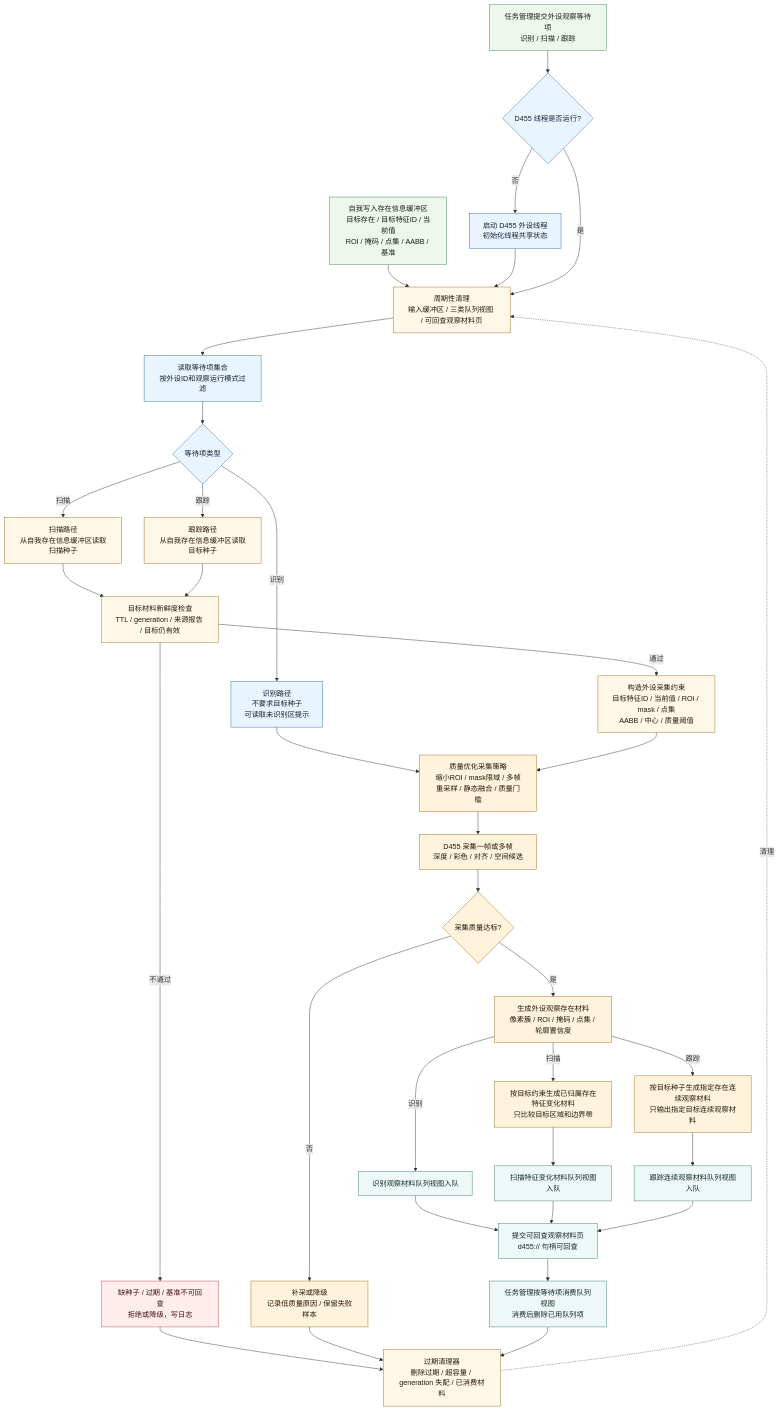
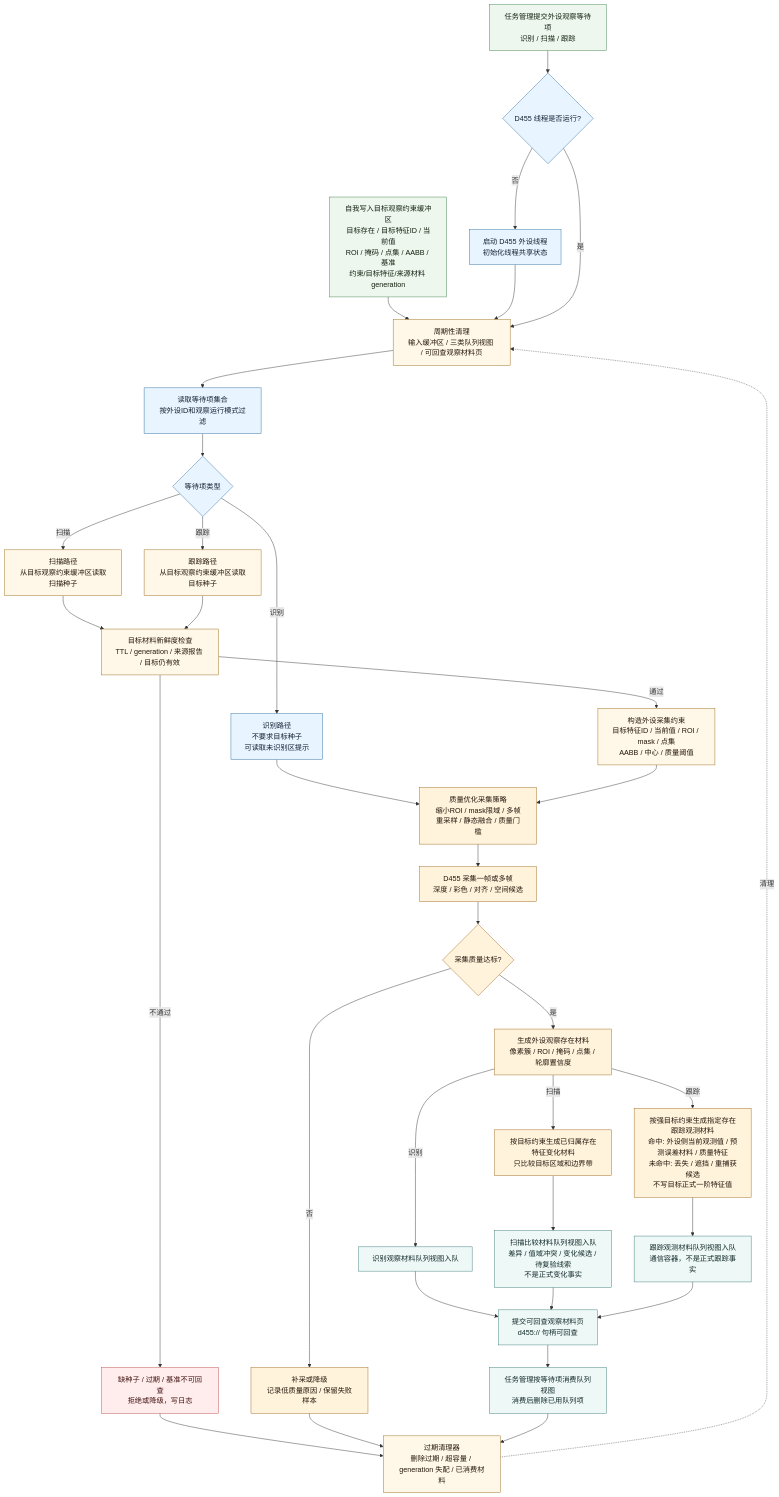
The first of 3 diagrams in 流程图/20260606_D455外设侧工作流程图_v0.2.md (chunhaizh-cyber/Birthplace-of-digital-civilization), drawn with Mermaid before and after one commit. The commit also changed other lines of this file and 67 other files, not shown here.

````diff
--- a/流程图/20260606_D455外设侧工作流程图_v0.2.md
+++ b/流程图/20260606_D455外设侧工作流程图_v0.2.md
@@ -75,66 +75,66 @@
 ```mermaid
 flowchart TB
     A["任务管理提交外设观察等待项<br/>识别 / 扫描 / 跟踪"]
-    B["自我写入存在信息缓冲区<br/>目标存在 / 目标特征ID / 当前值<br/>ROI / 掩码 / 点集 / AABB / 基准"]
+    B["自我写入目标观察约束缓冲区<br/>目标存在 / 目标特征ID / 当前值<br/>ROI / 掩码 / 点集 / AABB / 基准<br/>约束/目标特征/来源材料 generation"]
     C{"D455 线程是否运行?"}
     D["启动 D455 外设线程<br/>初始化线程共享状态"]
     E["周期性清理<br/>输入缓冲区 / 三类队列视图 / 可回查观察材料页"]
     F["读取等待项集合<br/>按外设ID和观察运行模式过滤"]
     G{"等待项类型"}
     H["识别路径<br/>不要求目标种子<br/>可读取未识别区提示"]
-    I["扫描路径<br/>从自我存在信息缓冲区读取扫描种子"]
-    J["跟踪路径<br/>从自我存在信息缓冲区读取目标种子"]
+    I["扫描路径<br/>从目标观察约束缓冲区读取扫描种子"]
+    J["跟踪路径<br/>从目标观察约束缓冲区读取目标种子"]
     K["目标材料新鲜度检查<br/>TTL / generation / 来源报告 / 目标仍有效"]
     L["缺种子 / 过期 / 基准不可回查<br/>拒绝或降级，写日志"]
     M["构造外设采集约束<br/>目标特征ID / 当前值 / ROI / mask / 点集<br/>AABB / 中心 / 质量阈值"]
     N["质量优化采集策略<br/>缩小ROI / mask限域 / 多帧重采样 / 静态融合 / 质量门槛"]
     O["D455 采集一帧或多帧<br/>深度 / 彩色 / 对齐 / 空间候选"]
     P{"采集质量达标?"}
     Q["补采或降级<br/>记录低质量原因 / 保留失败样本"]
     R["生成外设观察存在材料<br/>像素簇 / ROI / 掩码 / 点集 / 轮廓置信度"]
     S["按目标约束生成已归属存在特征变化材料<br/>只比较目标区域和边界带"]
-    T["按目标种子生成指定存在连续观察材料<br/>只输出指定目标连续观察材料"]
+    T["按强目标约束生成指定存在跟踪观测材料<br/>命中: 外设侧当前观测值 / 预测误差材料 / 质量特征<br/>未命中: 丢失 / 遮挡 / 重捕获候选<br/>不写目标正式一阶特征值"]
     U["识别观察材料队列视图入队"]
-    V["扫描特征变化材料队列视图入队"]
-    W["跟踪连续观察材料队列视图入队"]
+    V["扫描比较材料队列视图入队<br/>差异 / 值域冲突 / 变化候选 / 待复验线索<br/>不是正式变化事实"]
+    W["跟踪观测材料队列视图入队<br/>通信容器，不是正式跟踪事实"]
     X["提交可回查观察材料页<br/>d455:// 句柄可回查"]
     Y["任务管理按等待项消费队列视图<br/>消费后删除已用队列项"]
     Z["过期清理器<br/>删除过期 / 超容量 / generation 失配 / 已消费材料"]
 
     A --> C
     B --> E
     C -->|否| D --> E
     C -->|是| E
     E --> F --> G
     G -->|识别| H --> N
     G -->|扫描| I --> K
     G -->|跟踪| J --> K
     K -->|不通过| L --> Z
     K -->|通过| M --> N
     N --> O --> P
     P -->|否| Q --> Z
     P -->|是| R
     R -->|识别| U
     R -->|扫描| S --> V
     R -->|跟踪| T --> W
     U --> X
     V --> X
     W --> X
     X --> Y --> Z
     Z -.清理.-> E
 
     classDef input fill:#eef7ed,stroke:#3f7f4f,color:#102010;
     classDef buffer fill:#fff8e8,stroke:#9a6a1a,color:#24160a;
     classDef thread fill:#e8f4ff,stroke:#2f6f9f,color:#102030;
     classDef adapter fill:#fff3dc,stroke:#a0671e,color:#24160a;
     classDef queue fill:#eef8f7,stroke:#397b77,color:#102827;
     classDef gate fill:#f1edff,stroke:#6c56a4,color:#1d1730;
     classDef err fill:#ffecec,stroke:#b84a4a,color:#401111;
 
     class A,B input;
     class E,I,J,K,M,Z buffer;
     class C,D,F,G,H thread;
     class N,O,P,Q,R,S,T adapter;
     class U,V,W,X,Y queue;
     class L err;
 ```
````
